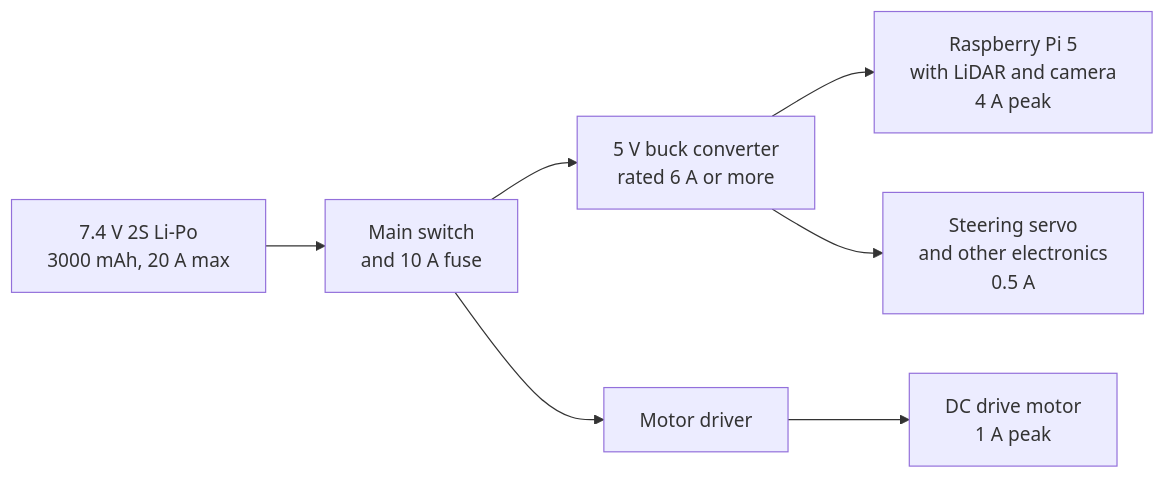
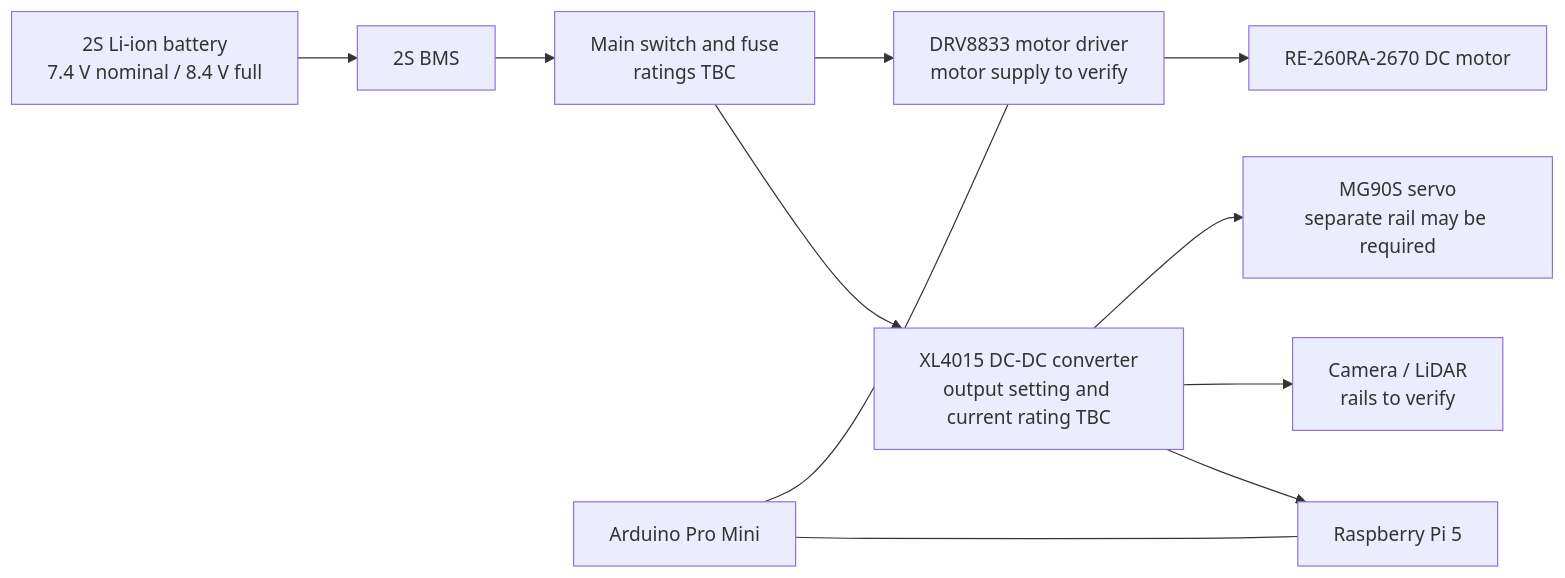
Before and after one commit to InnoBots/WRO2026_FE_InnoBots: the diagram in Elec/POWER_MANAGEMENT.md, drawn with Mermaid. The commit also changed other lines of this file, not shown here.

Commit message:
docs: clarify power design assumptions and motor voltage verification

````diff
--- a/Elec/POWER_MANAGEMENT.md
+++ b/Elec/POWER_MANAGEMENT.md
@@ -36,9 +23,13 @@
 ```mermaid
 flowchart LR
-    BAT["7.4 V 2S Li-Po<br/>3000 mAh, 20 A max"] --> FUSE["Main switch<br/>and 10 A fuse"]
-    FUSE --> BUCK["5 V buck converter<br/>rated 6 A or more"]
-    FUSE --> MOT["Motor driver"]
-    BUCK --> PI["Raspberry Pi 5<br/>with LiDAR and camera<br/>4 A peak"]
-    BUCK --> SRV["Steering servo<br/>and other electronics<br/>0.5 A"]
-    MOT --> DC["DC drive motor<br/>1 A peak"]
+    BAT["2S Li-ion battery<br/>7.4 V nominal / 8.4 V full"] --> BMS["2S BMS"]
+    BMS --> PROT["Main switch and fuse<br/>ratings TBC"]
+    PROT --> REG["XL4015 DC-DC converter<br/>output setting and current rating TBC"]
+    PROT --> MOTOR_DRIVER["DRV8833 motor driver<br/>motor supply to verify"]
+    REG --> PI["Raspberry Pi 5"]
+    REG --> SENSORS["Camera / LiDAR<br/>rails to verify"]
+    REG --> SERVO["MG90S servo<br/>separate rail may be required"]
+    MOTOR_DRIVER --> MOTOR["RE-260RA-2670 DC motor"]
+    MCU["Arduino Pro Mini"] --- PI
+    MCU --- MOTOR_DRIVER
 ```
````
